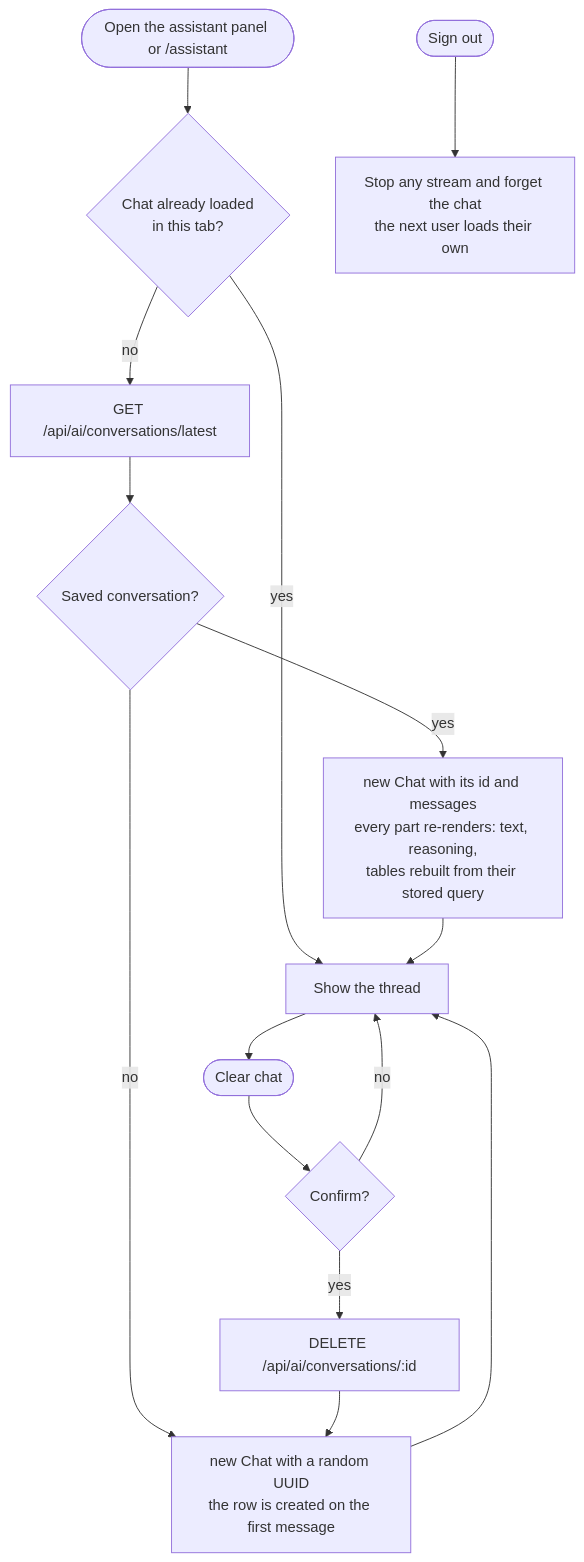
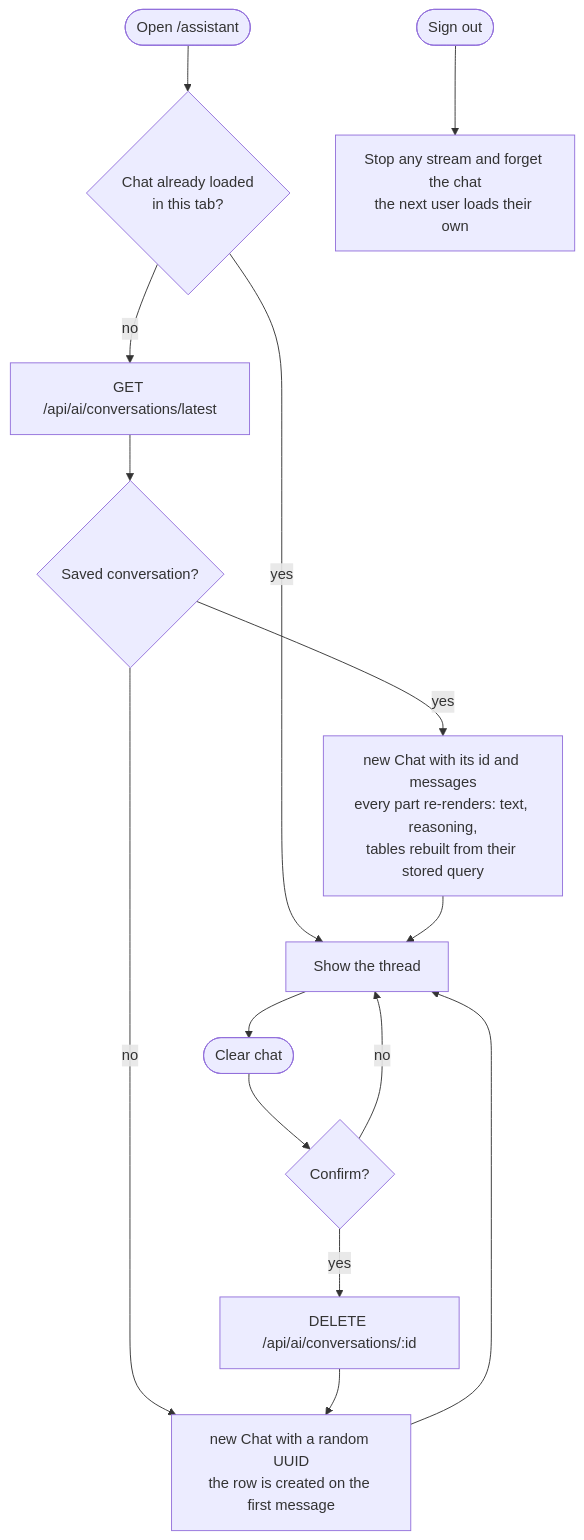
One commit to Slaven1996/gen_ui changed the second of 4 diagrams in docs/ai-assistant-flow.md. Above: the diagram before and after it, drawn with Mermaid. The commit also changed other lines of this file and 8 other files, not shown here.

Commit message:
chat AI assistant removed from the right sidebar

````diff
--- a/docs/ai-assistant-flow.md
+++ b/docs/ai-assistant-flow.md
@@ -164,17 +164,17 @@
 ```mermaid
 flowchart TD
-  OPEN(["Open the assistant panel or /assistant"]) --> LOADED{"Chat already loaded<br/>in this tab?"}
+  OPEN(["Open /assistant"]) --> LOADED{"Chat already loaded<br/>in this tab?"}
   LOADED -- yes --> SHOW["Show the thread"]
   LOADED -- no --> GET["GET /api/ai/conversations/latest"]
   GET --> HAS{"Saved conversation?"}
   HAS -- yes --> RESTORE["new Chat with its id and messages<br/>every part re-renders: text, reasoning,<br/>tables rebuilt from their stored query"]
   HAS -- no --> FRESH["new Chat with a random UUID<br/>the row is created on the first message"]
   RESTORE --> SHOW
   FRESH --> SHOW
   SHOW --> CLEAR(["Clear chat"])
   CLEAR --> CONFIRM{"Confirm?"}
   CONFIRM -- yes --> DEL["DELETE /api/ai/conversations/:id"]
   DEL --> FRESH
   CONFIRM -- no --> SHOW
   SIGNOUT(["Sign out"]) --> DROP["Stop any stream and forget the chat<br/>the next user loads their own"]
 ```
````
